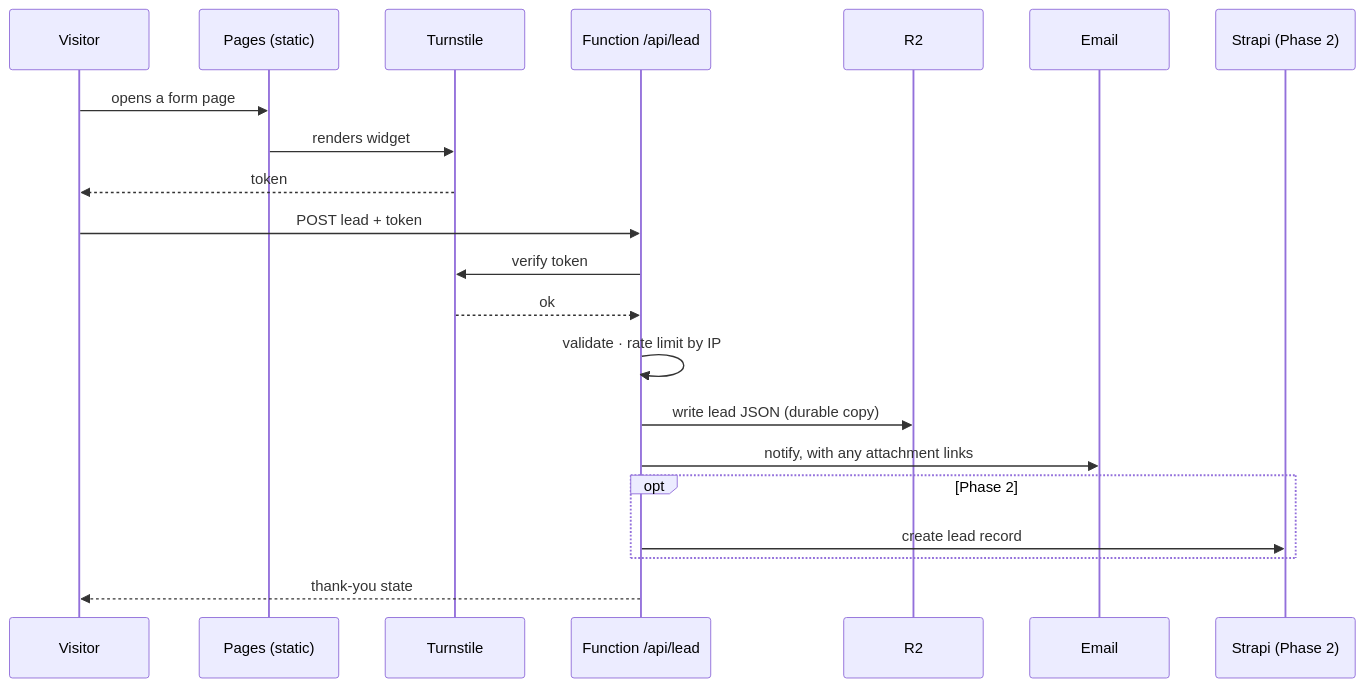
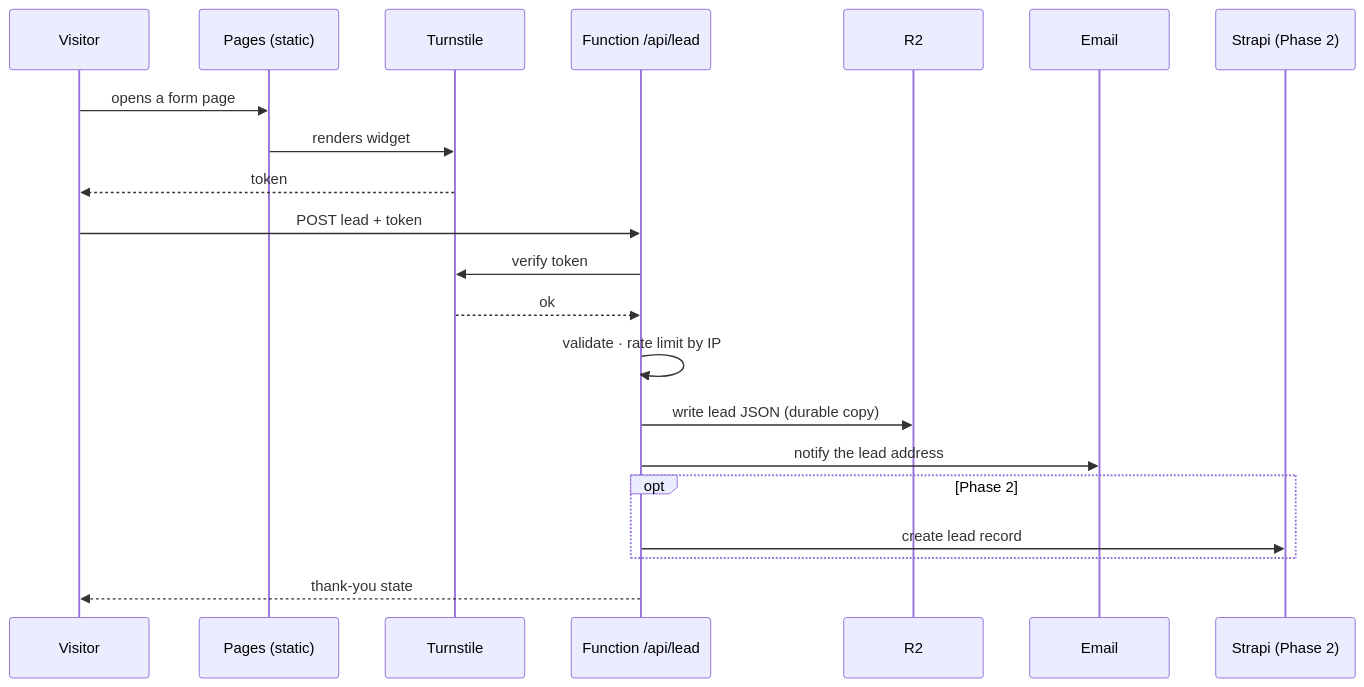
The third of 6 diagrams in docs/architecture.md (ancJ29/v-robotic), drawn with Mermaid before and after one commit. The commit also changed other lines of this file and 1 other file, not shown here.

````diff
--- a/docs/architecture.md
+++ b/docs/architecture.md
@@ -144,24 +143,24 @@
 ```mermaid
 sequenceDiagram
     participant V as Visitor
     participant P as Pages (static)
     participant T as Turnstile
     participant F as Function /api/lead
     participant R as R2
     participant M as Email
     participant S as Strapi (Phase 2)
 
     V->>P: opens a form page
     P->>T: renders widget
     T-->>V: token
     V->>F: POST lead + token
     F->>T: verify token
     T-->>F: ok
     F->>F: validate · rate limit by IP
     F->>R: write lead JSON (durable copy)
-    F->>M: notify, with any attachment links
+    F->>M: notify the lead address
     opt Phase 2
         F->>S: create lead record
     end
     F-->>V: thank-you state
 ```
````
